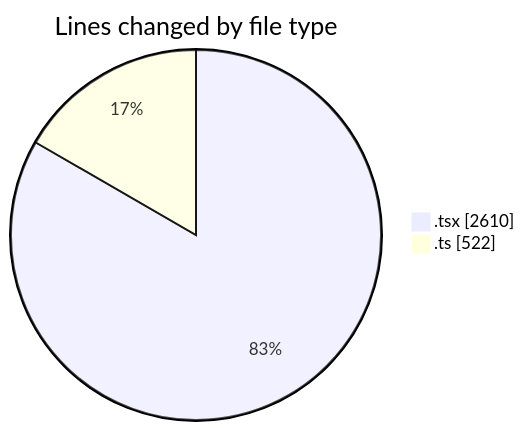
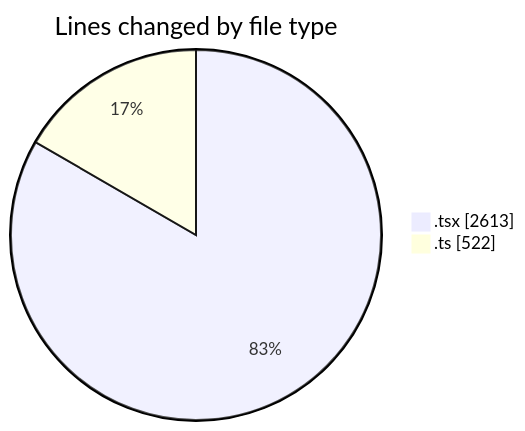
Before and after one commit to nxtqubesakshisongat/code-tracking: the first of 2 diagrams in 2026-04-03/nxtqube_webapp/README.md, drawn with Mermaid. The commit also changed other lines of this file and 1 other file, not shown here.

````diff
--- a/2026-04-03/nxtqube_webapp/README.md
+++ b/2026-04-03/nxtqube_webapp/README.md
@@ -22,6 +22,6 @@
 ```mermaid
 pie showData
 title Lines changed by file type
-".tsx" : 2610
+".tsx" : 2613
 ".ts" : 522
 ```
````
